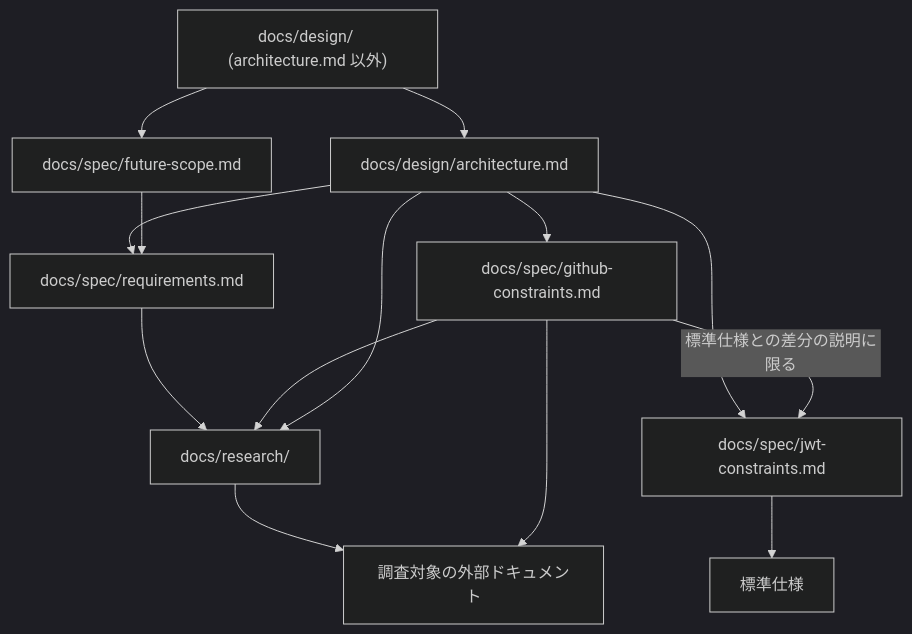
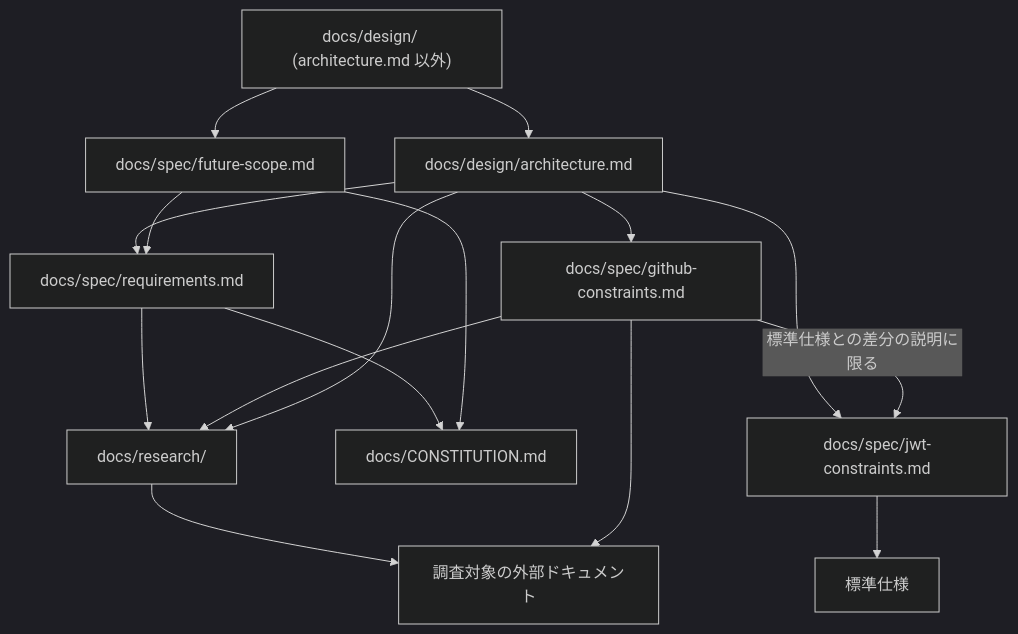
Before and after one commit to tmknom/gates: the first of 2 diagrams in docs/contributing/docs-policy.md, drawn with Mermaid (dark theme). The commit also changed other lines of this file and 5 other files, not shown here.

````diff
--- a/docs/contributing/docs-policy.md
+++ b/docs/contributing/docs-policy.md
@@ -25,16 +25,18 @@
 ```mermaid
 flowchart TD
     design["docs/design/ (architecture.md 以外)"] --> architecture["docs/design/architecture.md"]
     design --> future["docs/spec/future-scope.md"]
     architecture --> requirements["docs/spec/requirements.md"]
     architecture --> github["docs/spec/github-constraints.md"]
     architecture --> jwt["docs/spec/jwt-constraints.md"]
     future --> requirements
+    requirements --> constitution["docs/CONSTITUTION.md"]
+    future --> constitution
     requirements --> research["docs/research/"]
     github --> research
     github -->|標準仕様との差分の説明に限る| jwt
     architecture --> research
     jwt --> standards["標準仕様"]
     research --> external["調査対象の外部ドキュメント"]
     github --> external
 ```
````
